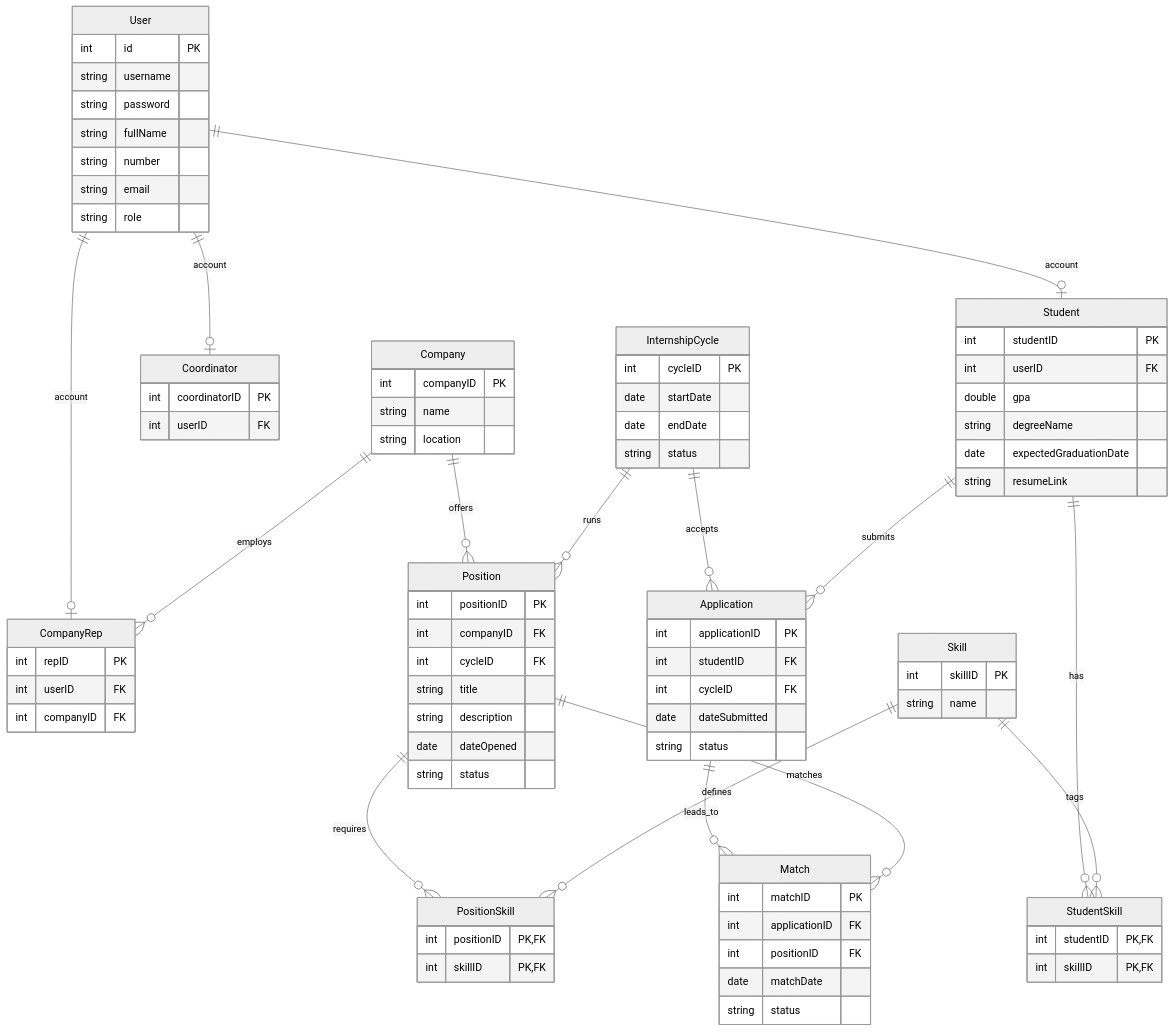
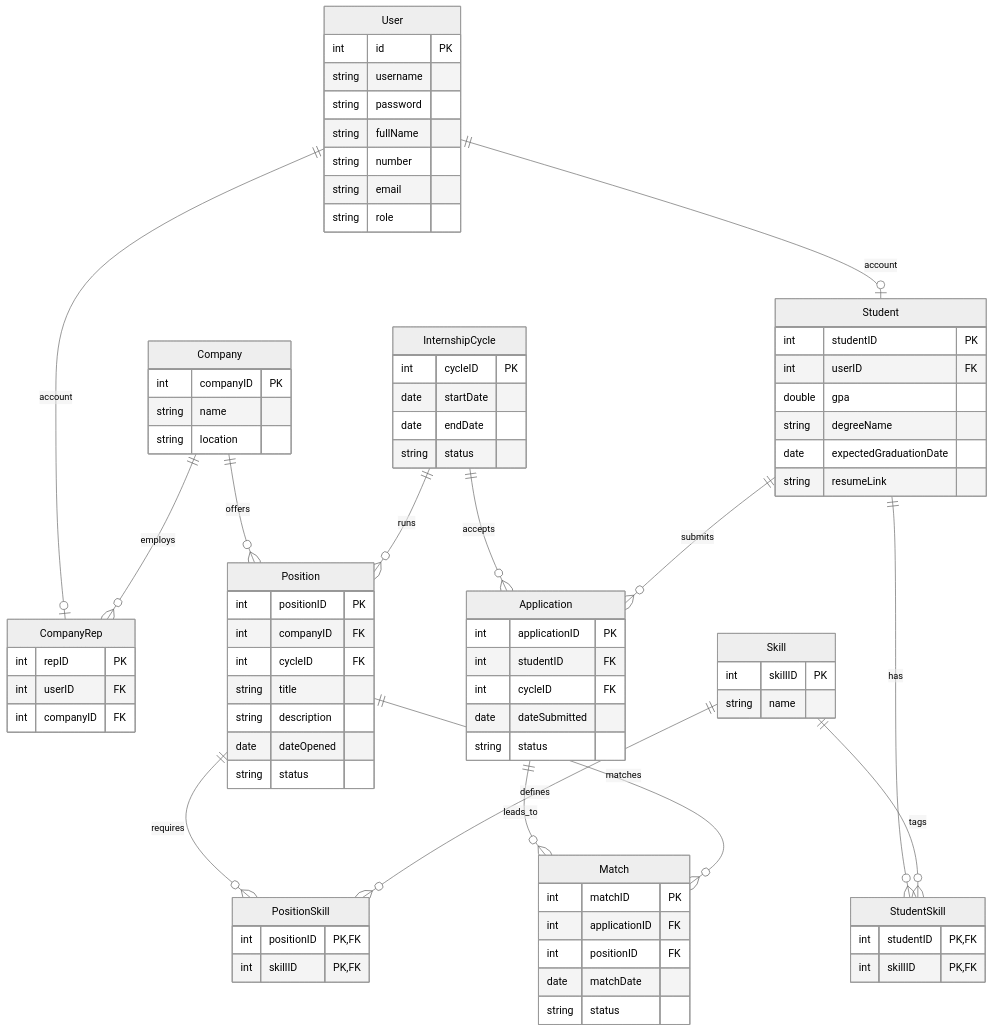
Before and after one commit to RafaelOllivierra21/comp3613a1: the diagram in docs/report.md, drawn with Mermaid (neutral theme). The commit also changed other lines of this file and 22 other files, not shown here.

````diff
--- a/docs/report.md
+++ b/docs/report.md
@@ -35,7 +35,6 @@
 ```mermaid
 erDiagram
     User ||--o| Student : account
-    User ||--o| Coordinator : account
     User ||--o| CompanyRep : account
 
     Company ||--o{ CompanyRep : employs
@@ -69,11 +68,6 @@
       string degreeName
       date expectedGraduationDate
       string resumeLink
-    }
-
-    Coordinator {
-      int coordinatorID PK
-      int userID FK
     }
 
     CompanyRep {
````
